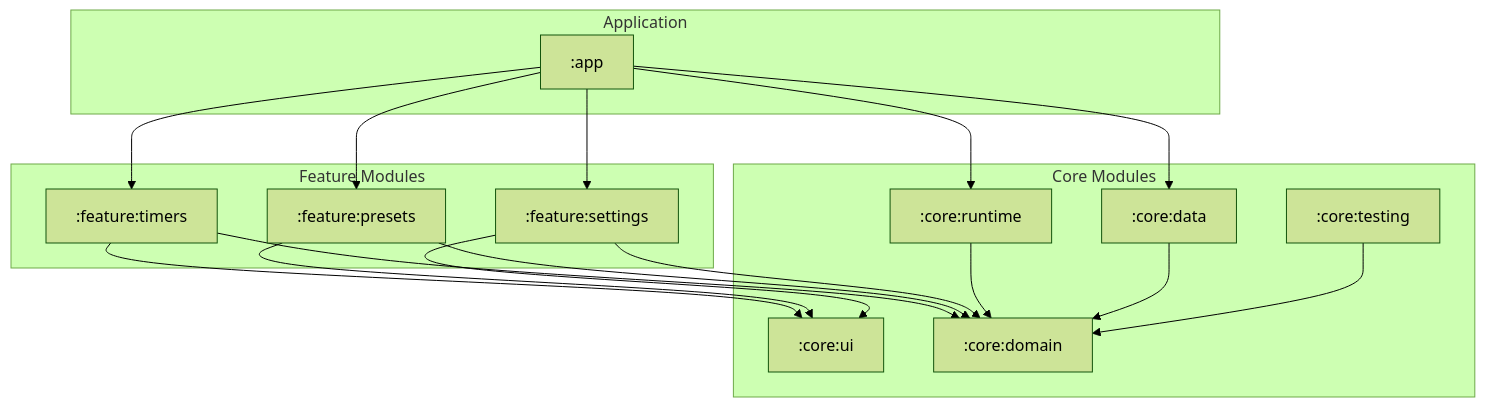
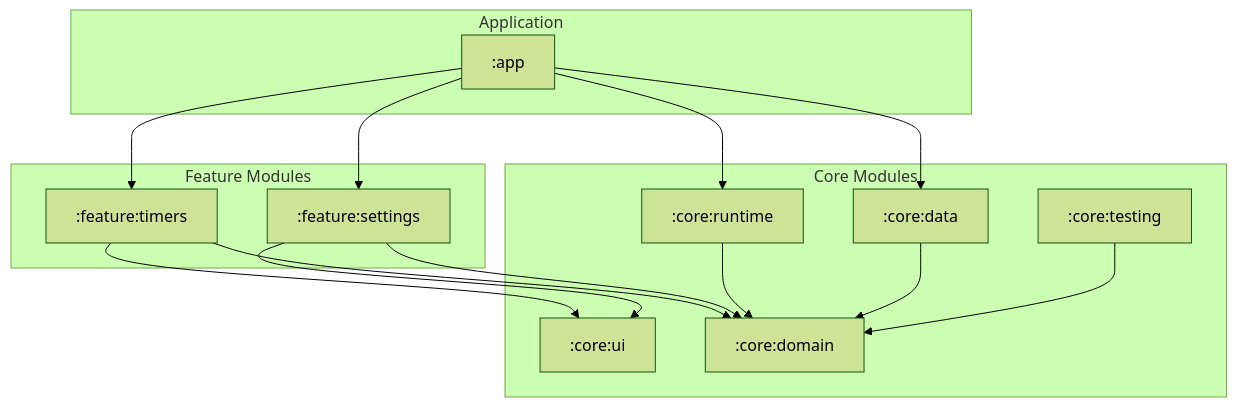
Before and after one commit to guillaumemilitello/notification_timer: the diagram in README.md, drawn with Mermaid (forest theme). The commit also changed other lines of this file and 62 other files, not shown here.

````diff
--- a/README.md
+++ b/README.md
@@ -9,37 +9,33 @@
 ```mermaid
 graph TD
     subgraph App [Application]
         A[":app"]
     end
 
     subgraph Features [Feature Modules]
         FT[":feature:timers"]
-        FP[":feature:presets"]
         FS[":feature:settings"]
     end
 
     subgraph Core [Core Modules]
         CU[":core:ui"]
         CD[":core:domain"]
         CR[":core:runtime"]
         CDA[":core:data"]
         CT[":core:testing"]
     end
 
     A --> FT
-    A --> FP
     A --> FS
     A --> CR
     A --> CDA
 
     FT --> CU
     FT --> CD
-    FP --> CU
-    FP --> CD
     FS --> CU
     FS --> CD
 
     CR --> CD
     CDA --> CD
     CT --> CD
 ```
````
